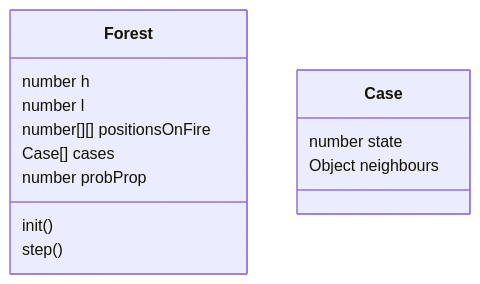
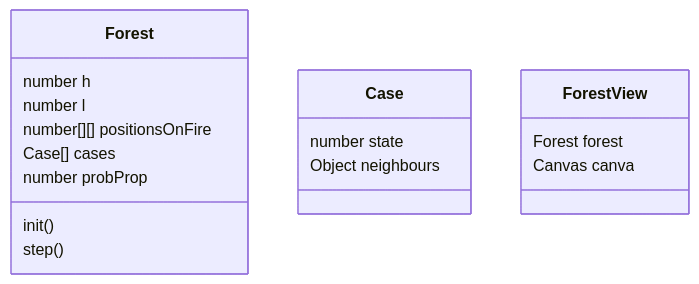
The diagram in Readme.md (mathieuLivebardon/ForestFirePropagationSimulation), drawn with Mermaid before and after one commit. The commit also changed other lines of this file, not shown here.

Commit message:
update(Readme)

````diff
--- a/Readme.md
+++ b/Readme.md
@@ -48,21 +48,25 @@
 ```mermaid
 ---
 tilte: Forest fire propagation app
 ---
 classDiagram
     class Forest {
         number h
         number l
         number[][] positionsOnFire
         Case[] cases
         number probProp
         init()
         step()
     }
     class Case {
         number state
         Object neighbours
     }
+    class ForestView {
+        Forest forest
+        Canvas canva
+    }
 
 
 ```
````
